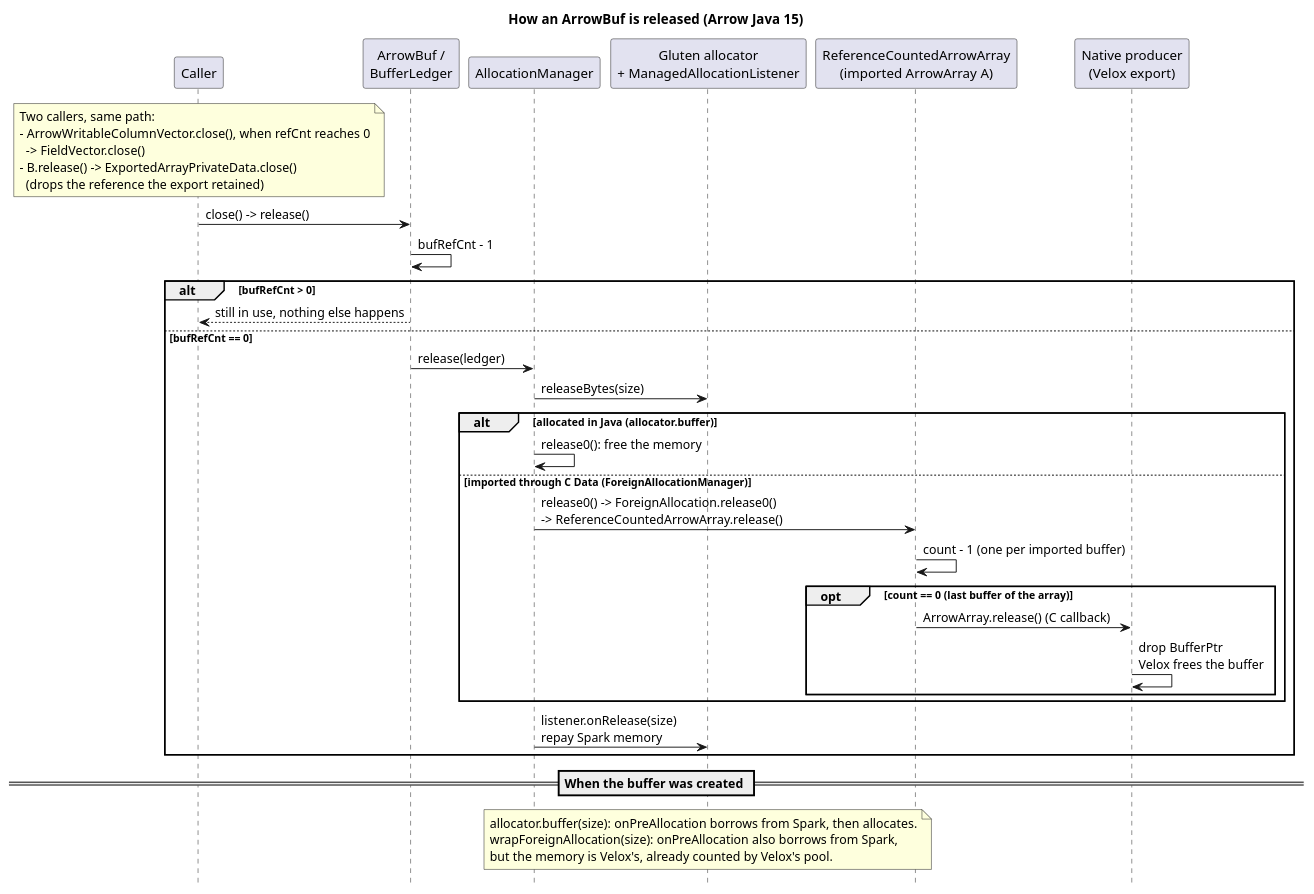
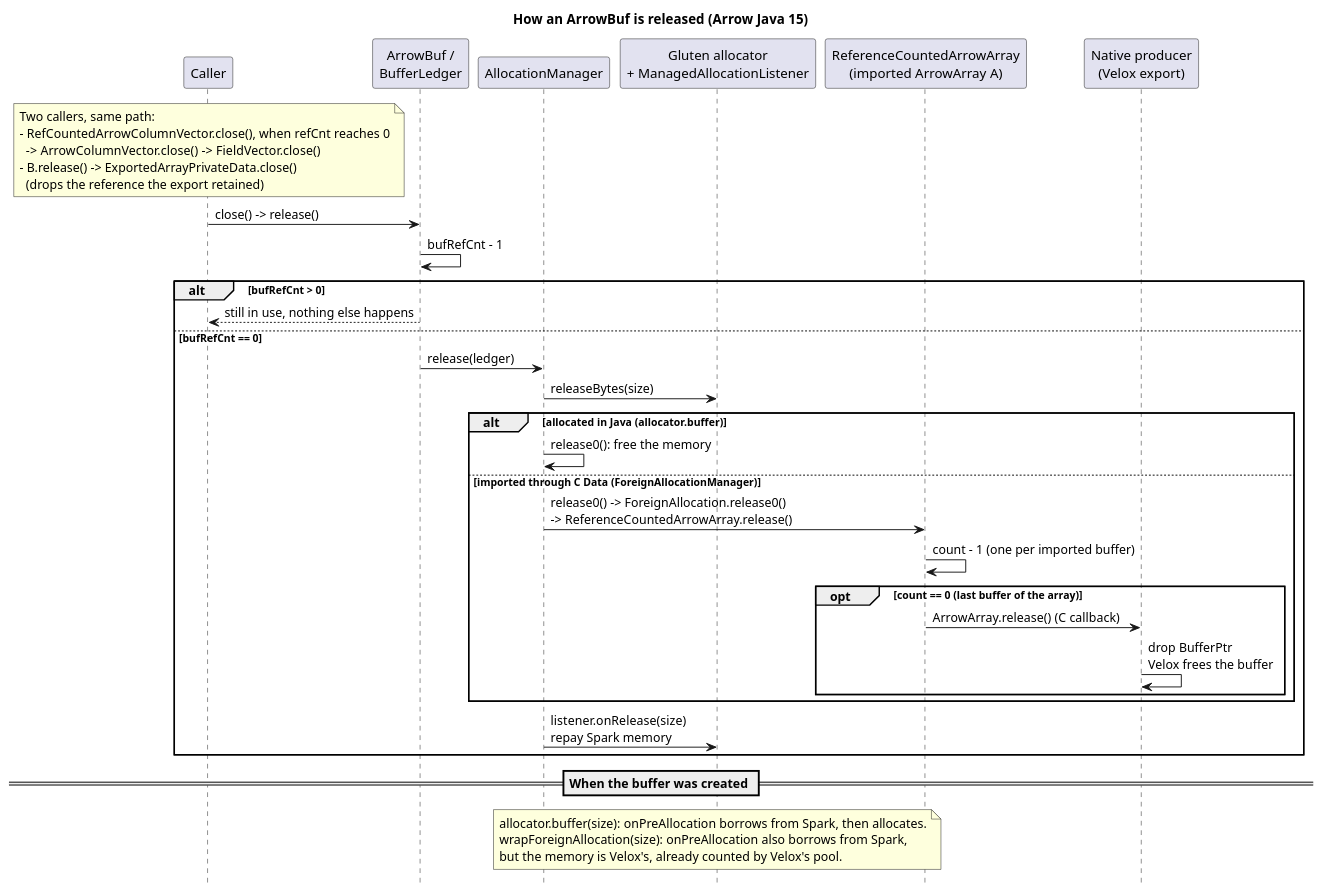
One commit to zhouyuan/gluten changed the second of 2 diagrams in docs/backends/velox/developers/ArrowColumnarConversion.md. Above: the diagram before and after it, drawn with PlantUML. The commit also changed other lines of this file and 32 other files, not shown here.

First line of the commit message:
[GLUTEN-13140][VL] Replace ArrowWritableColumnVector with Spark's ArrowColumnVector and ArrowWriter (#13280)

````diff
--- a/docs/backends/velox/developers/ArrowColumnarConversion.md
+++ b/docs/backends/velox/developers/ArrowColumnarConversion.md
@@ -261,52 +270,52 @@
 ```plantuml
 @startuml ArrowBufReleaseDispatch
 skinparam shadowing false
 skinparam sequenceMessageAlign left
 skinparam responseMessageBelowArrow true
 hide footbox
 
 title How an ArrowBuf is released (Arrow Java 15)
 
 participant "Caller" as C
 participant "ArrowBuf /\nBufferLedger" as L
 participant "AllocationManager" as M
 participant "Gluten allocator\n+ ManagedAllocationListener" as A
 participant "ReferenceCountedArrowArray\n(imported ArrowArray A)" as R
 participant "Native producer\n(Velox export)" as N
 
 note over C
   Two callers, same path:
-  - ArrowWritableColumnVector.close(), when refCnt reaches 0
-    -> FieldVector.close()
+  - RefCountedArrowColumnVector.close(), when refCnt reaches 0
+    -> ArrowColumnVector.close() -> FieldVector.close()
   - B.release() -> ExportedArrayPrivateData.close()
     (drops the reference the export retained)
 end note
 
 C -> L : close() -> release()
 L -> L : bufRefCnt - 1
 alt bufRefCnt > 0
   L --> C : still in use, nothing else happens
 else bufRefCnt == 0
   L -> M : release(ledger)
   M -> A : releaseBytes(size)
   alt allocated in Java (allocator.buffer)
     M -> M : release0(): free the memory
   else imported through C Data (ForeignAllocationManager)
     M -> R : release0() -> ForeignAllocation.release0()\n-> ReferenceCountedArrowArray.release()
     R -> R : count - 1 (one per imported buffer)
     opt count == 0 (last buffer of the array)
       R -> N : ArrowArray.release() (C callback)
       N -> N : drop BufferPtr\nVelox frees the buffer
     end
   end
   M -> A : listener.onRelease(size)\nrepay Spark memory
 end
 
 == When the buffer was created ==
 note over A
   allocator.buffer(size): onPreAllocation borrows from Spark, then allocates.
   wrapForeignAllocation(size): onPreAllocation also borrows from Spark,
   but the memory is Velox's, already counted by Velox's pool.
 end note
 @enduml
 ```
````
